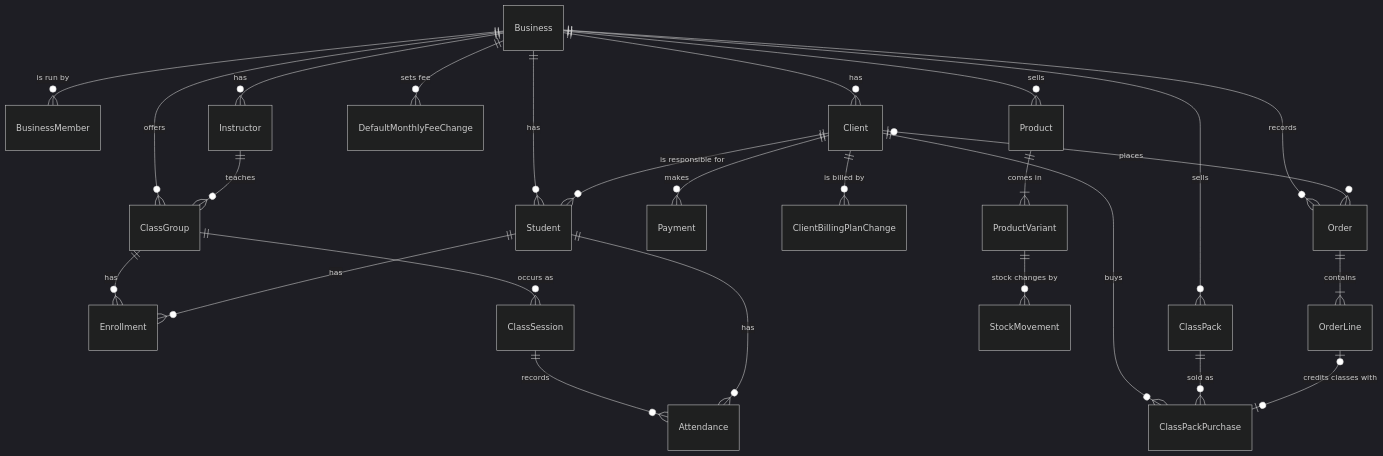
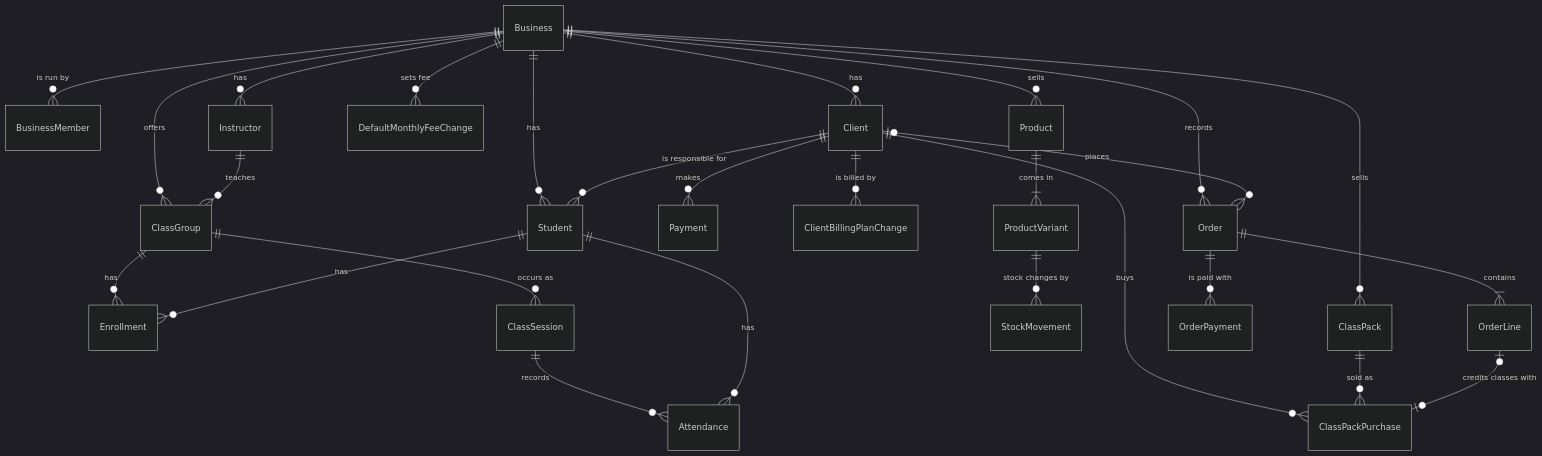
The diagram in docs/backend/domain-model.md (alejandrolazarte/class-manager), drawn with Mermaid (dark theme) before and after one commit. The commit also changed other lines of this file and 112 other files, not shown here.

````diff
--- a/docs/backend/domain-model.md
+++ b/docs/backend/domain-model.md
@@ -15,28 +15,29 @@
 ```mermaid
 erDiagram
     Business ||--o{ BusinessMember : "is run by"
     Business ||--o{ Client : has
     Business ||--o{ Student : has
     Client ||--o{ Student : "is responsible for"
     Business ||--o{ Instructor : has
     Business ||--o{ ClassGroup : offers
     Instructor ||--o{ ClassGroup : teaches
     ClassGroup ||--o{ Enrollment : has
     Student ||--o{ Enrollment : has
     ClassGroup ||--o{ ClassSession : "occurs as"
     ClassSession ||--o{ Attendance : records
     Student ||--o{ Attendance : has
     Client ||--o{ Payment : makes
     Business ||--o{ DefaultMonthlyFeeChange : "sets fee"
     Client ||--o{ ClientBillingPlanChange : "is billed by"
     Business ||--o{ ClassPack : sells
     Client ||--o{ ClassPackPurchase : buys
     ClassPack ||--o{ ClassPackPurchase : "sold as"
     Business ||--o{ Product : sells
     Product ||--|{ ProductVariant : "comes in"
     ProductVariant ||--o{ StockMovement : "stock changes by"
     Business ||--o{ Order : records
     Client |o--o{ Order : places
     Order ||--|{ OrderLine : contains
+    Order ||--o{ OrderPayment : "is paid with"
     OrderLine |o--o| ClassPackPurchase : "credits classes with"
 ```
````
